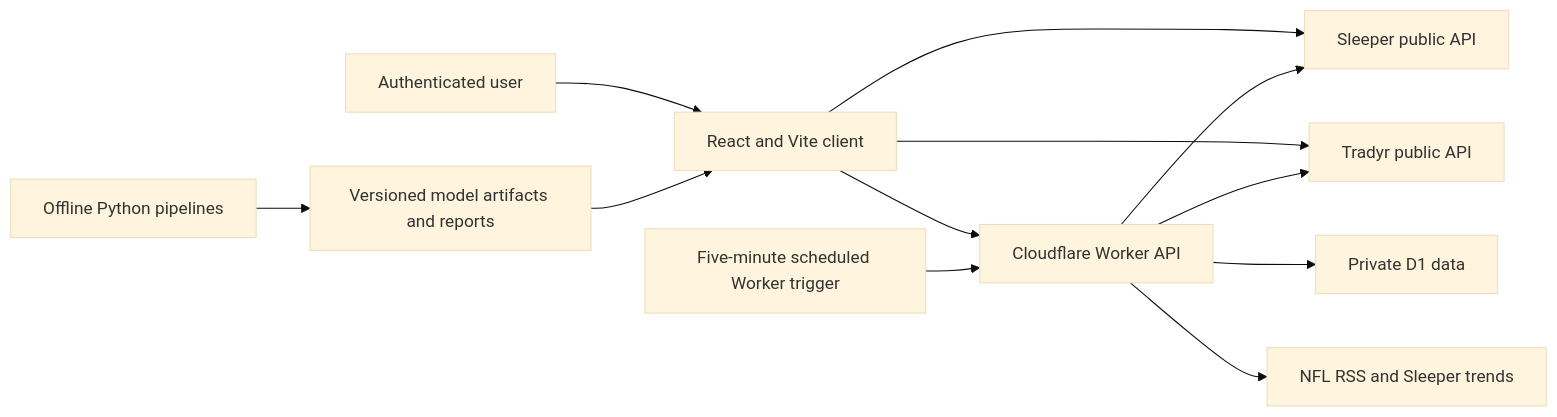
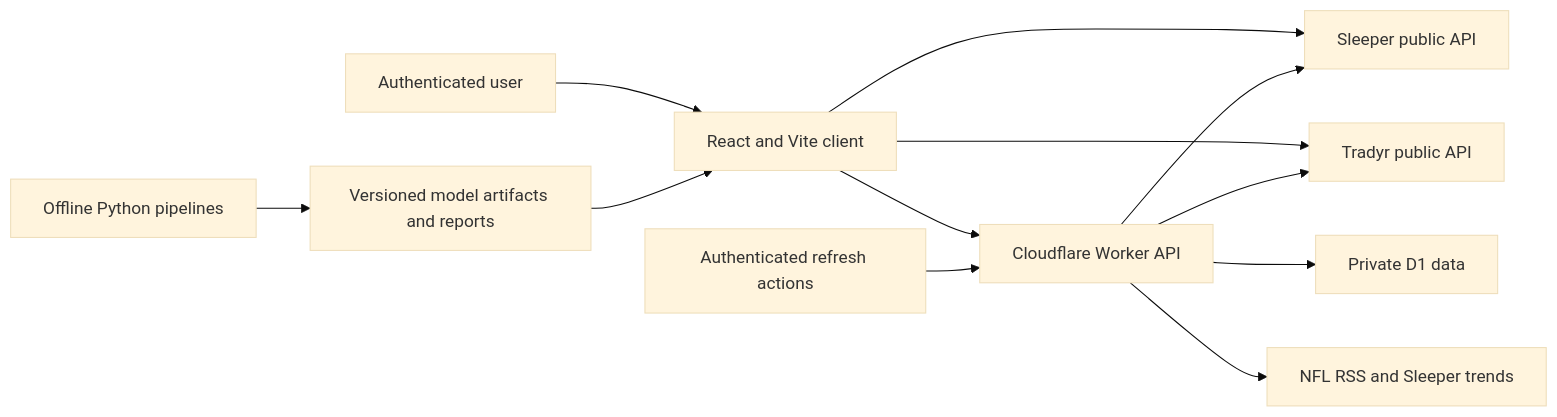
The diagram in docs/architecture.md (aidandaly24/fantasy-football-trade), drawn with Mermaid (base theme) before and after one commit. The commit also changed other lines of this file and 25 other files, not shown here.

````diff
--- a/docs/architecture.md
+++ b/docs/architecture.md
@@ -17,14 +17,14 @@
 ```mermaid
 flowchart LR
   U["Authenticated user"] --> UI["React and Vite client"]
   UI --> S["Sleeper public API"]
   UI --> T["Tradyr public API"]
   UI --> W["Cloudflare Worker API"]
   W --> D1["Private D1 data"]
   W --> S
   W --> T
   W --> N["NFL RSS and Sleeper trends"]
   ML["Offline Python pipelines"] --> A["Versioned model artifacts and reports"]
   A --> UI
-  CRON["Five-minute scheduled Worker trigger"] --> W
+  CLICK["Authenticated refresh actions"] --> W
 ```
````
